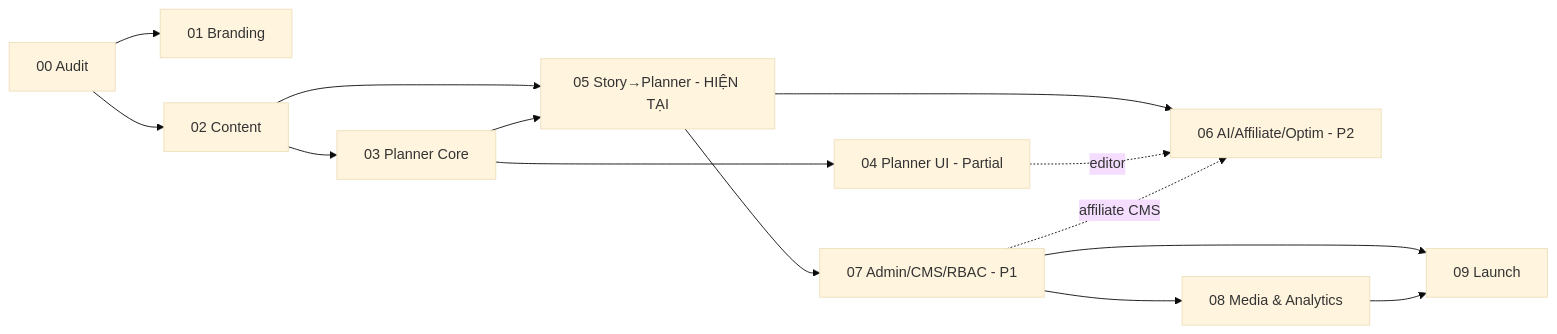
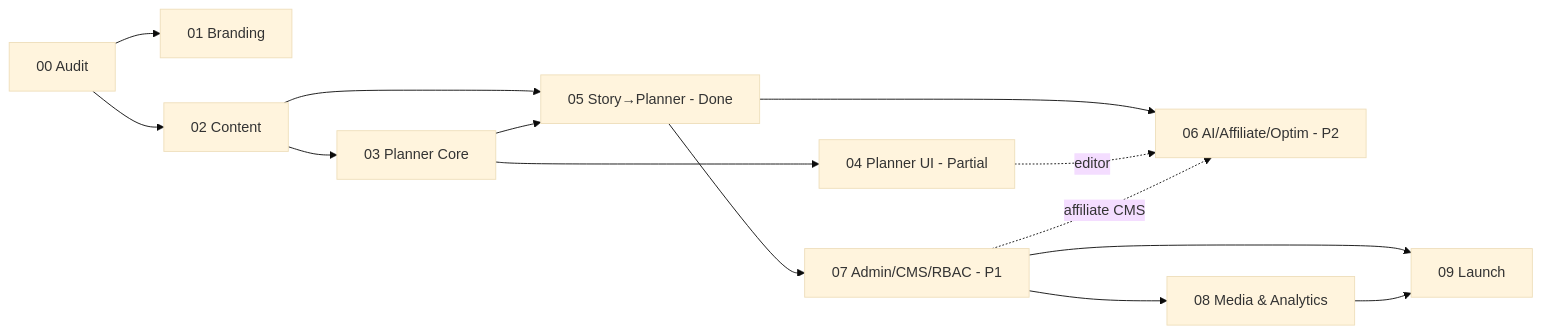
Before and after one commit to doanviethung1009/chuyennhahung_planner: the diagram in .claude/roadmap/PHASES.md, drawn with Mermaid (base theme). The commit also changed other lines of this file and 9 other files, not shown here.

Commit message:
docs(roadmap): sync Phase 10 status and fix guest limit 10/h

````diff
--- a/.claude/roadmap/PHASES.md
+++ b/.claude/roadmap/PHASES.md
@@ -52,16 +52,16 @@
 ```mermaid
 flowchart LR
   P00[00 Audit] --> P01[01 Branding]
   P00 --> P02[02 Content]
   P02 --> P03[03 Planner Core]
   P03 --> P04[04 Planner UI - Partial]
   P02 --> P05
-  P03 --> P05[05 Story→Planner - HIỆN TẠI]
+  P03 --> P05[05 Story→Planner - Done]
   P05 --> P07[07 Admin/CMS/RBAC - P1]
   P05 --> P06[06 AI/Affiliate/Optim - P2]
   P04 -. editor .-> P06
   P07 -. affiliate CMS .-> P06
   P07 --> P08[08 Media & Analytics]
   P07 --> P09[09 Launch]
   P08 --> P09
 ```
````
